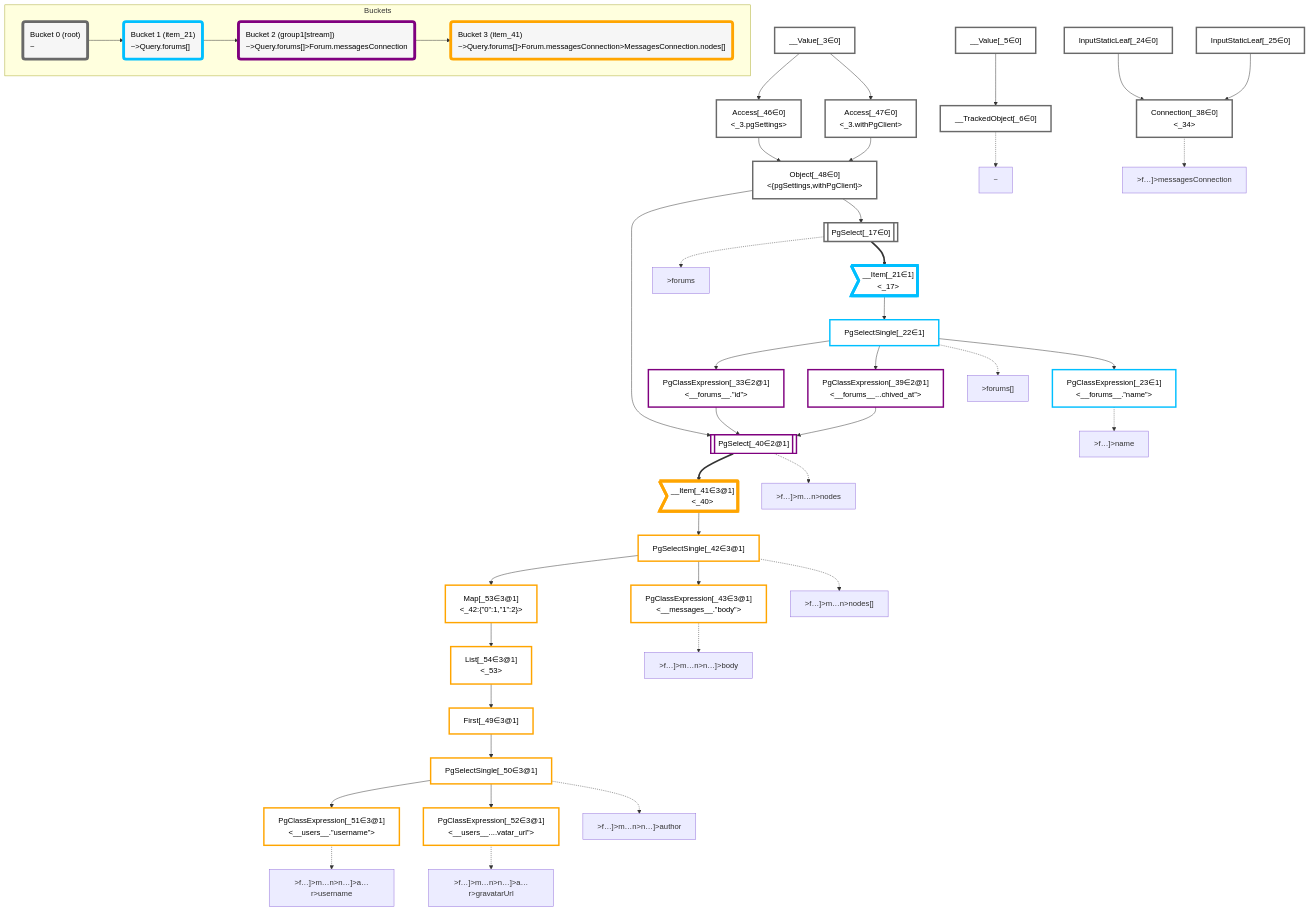
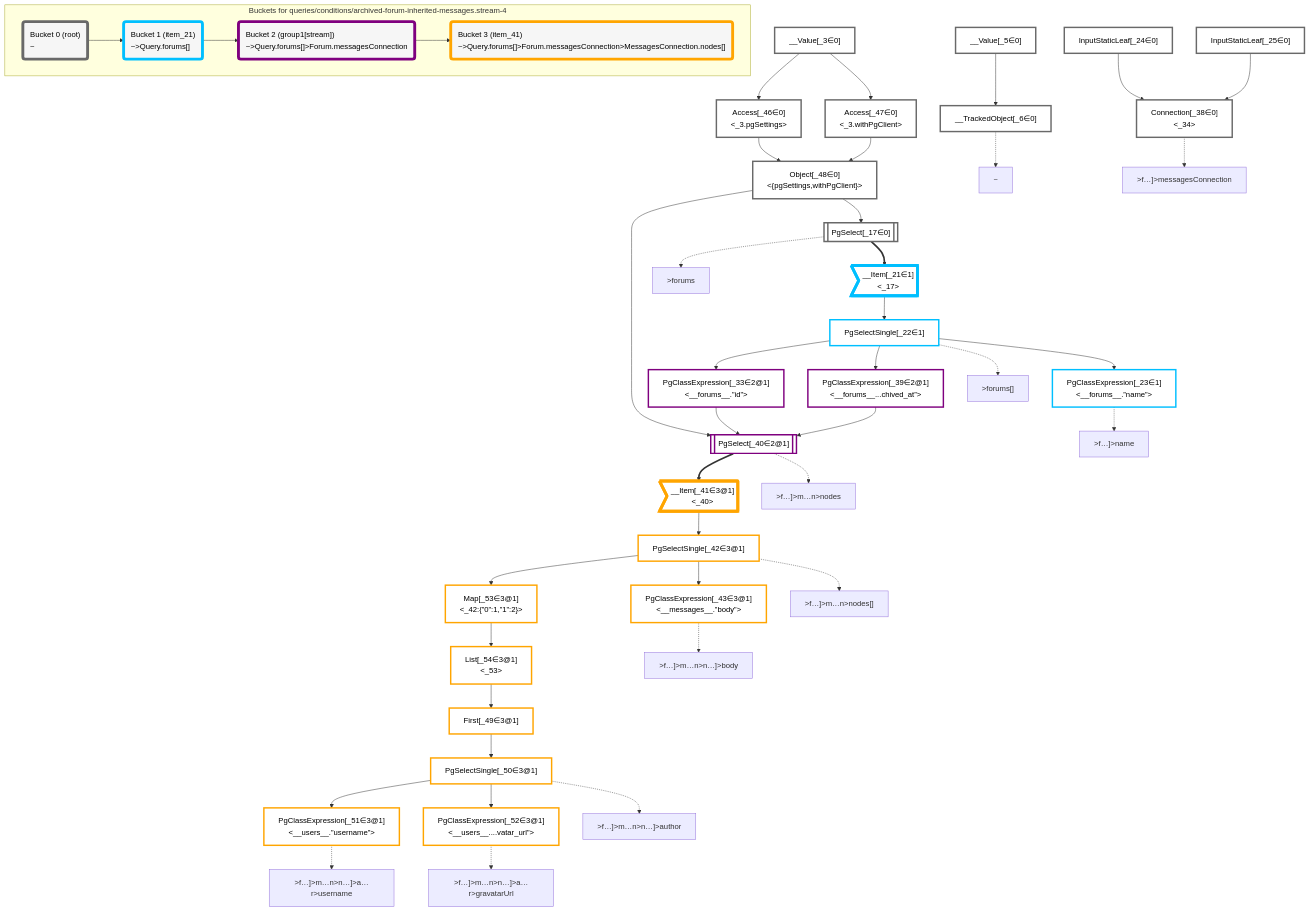
Before and after one commit to graphile/crystal: the diagram in packages/dataplan-pg/__tests__/queries/conditions/archived-forum-inherited-messages.stream-4.mermaid.md, drawn with Mermaid. The commit also changed 195 other files, not shown here.

```diff
--- a/packages/dataplan-pg/__tests__/queries/conditions/archived-forum-inherited-messages.stream-4.mermaid.md
+++ b/packages/dataplan-pg/__tests__/queries/conditions/archived-forum-inherited-messages.stream-4.mermaid.md
@@ -95,7 +95,7 @@
     classDef bucket3 stroke:#ffa500
     class __Item_41,PgSelectSingle_42,PgClassExpression_43,First_49,PgSelectSingle_50,PgClassExpression_51,PgClassExpression_52,Map_53,List_54 bucket3
 
-    subgraph Buckets
+    subgraph "Buckets for queries/conditions/archived-forum-inherited-messages.stream-4"
     Bucket0("Bucket 0 (root)<br />~"):::bucket
     style Bucket0 stroke:#696969
     Bucket1("Bucket 1 (item_21)<br />~>Query.forums[]"):::bucket
```
